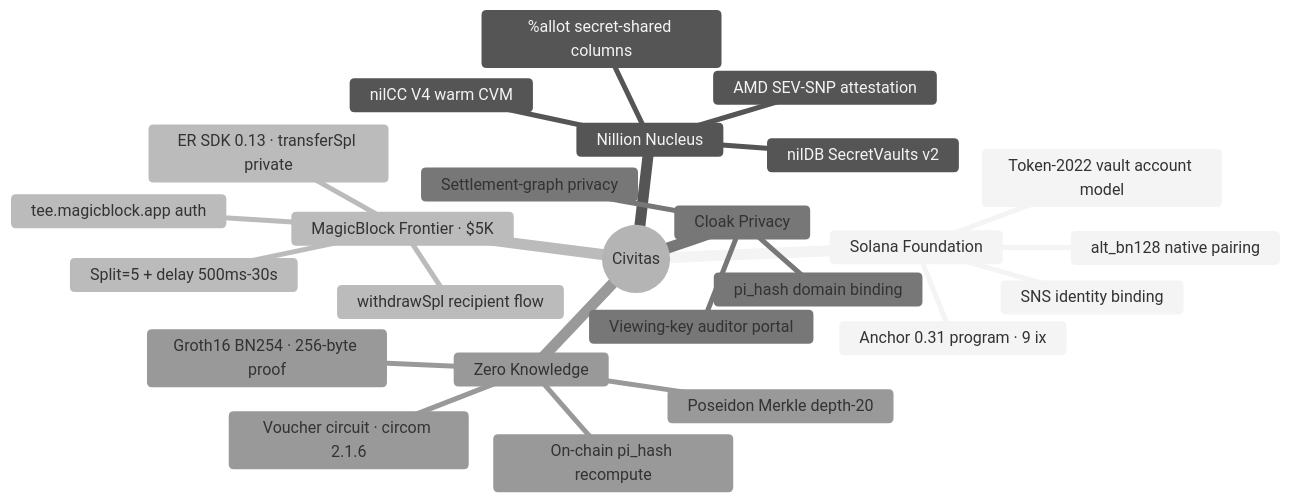
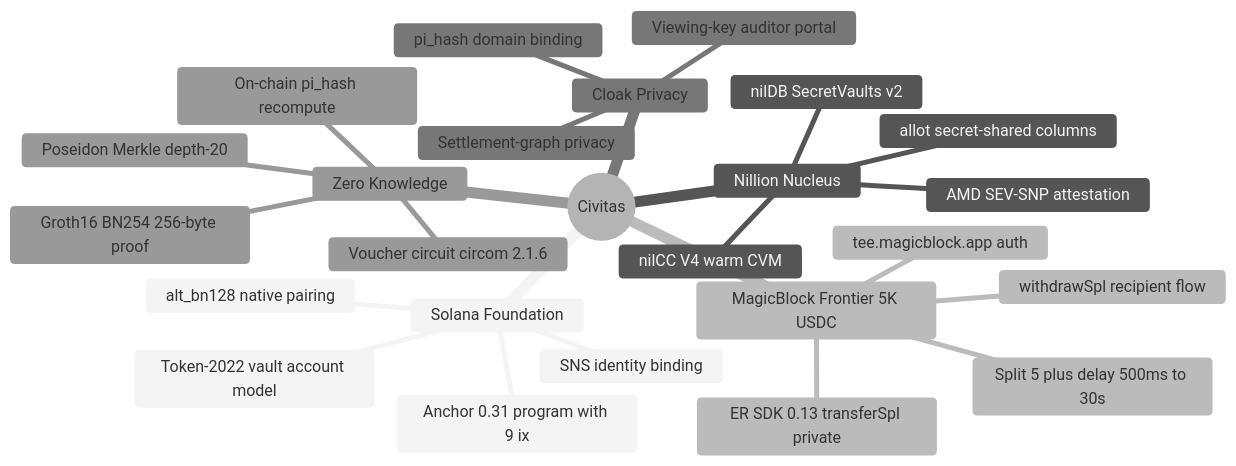
The fifth of 5 diagrams in README.md (MeetCivitas/Civitas-SOL), drawn with Mermaid (neutral theme) before and after one commit. The commit also changed other lines of this file, not shown here.

First line of the commit message:
README: fix mermaid render errors and strip em-dashes

````diff
--- a/README.md
+++ b/README.md
@@ -456,28 +456,28 @@
 ```mermaid
 mindmap
   root((Civitas))
     Solana Foundation
       alt_bn128 native pairing
-      Anchor 0.31 program · 9 ix
+      Anchor 0.31 program with 9 ix
       Token-2022 vault account model
       SNS identity binding
     Nillion Nucleus
       nilDB SecretVaults v2
       nilCC V4 warm CVM
-      %allot secret-shared columns
+      allot secret-shared columns
       AMD SEV-SNP attestation
-    MagicBlock Frontier · $5K
-      ER SDK 0.13 · transferSpl private
-      Split=5 + delay 500ms-30s
+    MagicBlock Frontier 5K USDC
+      ER SDK 0.13 transferSpl private
+      Split 5 plus delay 500ms to 30s
       tee.magicblock.app auth
       withdrawSpl recipient flow
     Cloak Privacy
       Viewing-key auditor portal
       Settlement-graph privacy
       pi_hash domain binding
     Zero Knowledge
-      Voucher circuit · circom 2.1.6
-      Groth16 BN254 · 256-byte proof
+      Voucher circuit circom 2.1.6
+      Groth16 BN254 256-byte proof
       Poseidon Merkle depth-20
       On-chain pi_hash recompute
 ```
````
